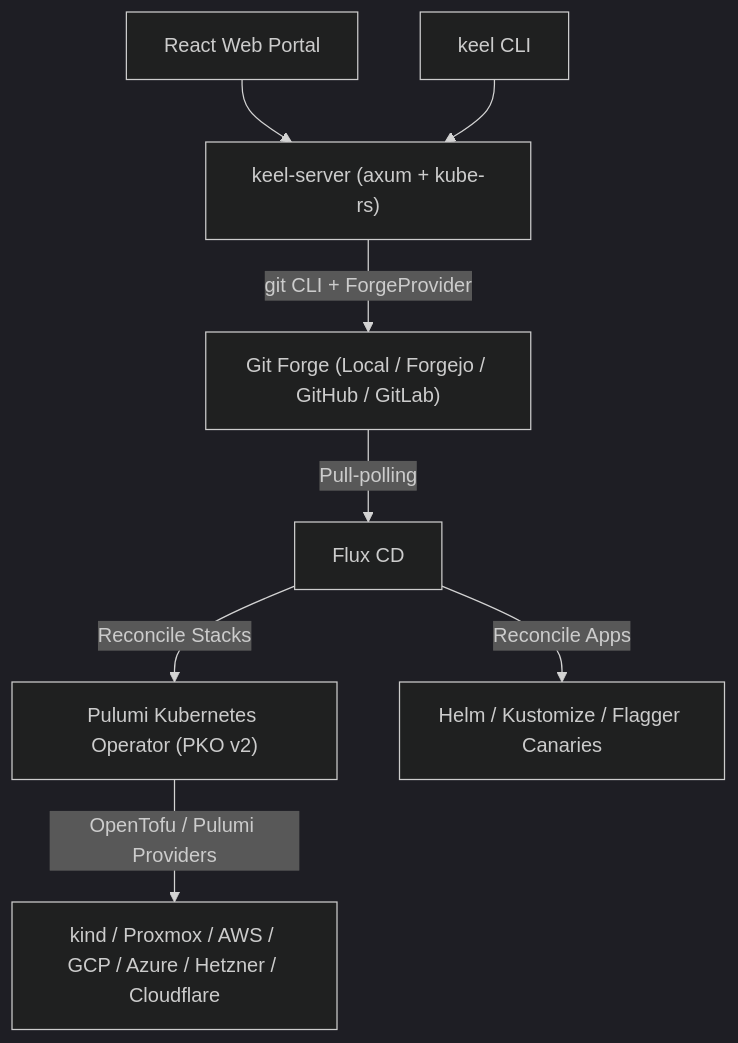
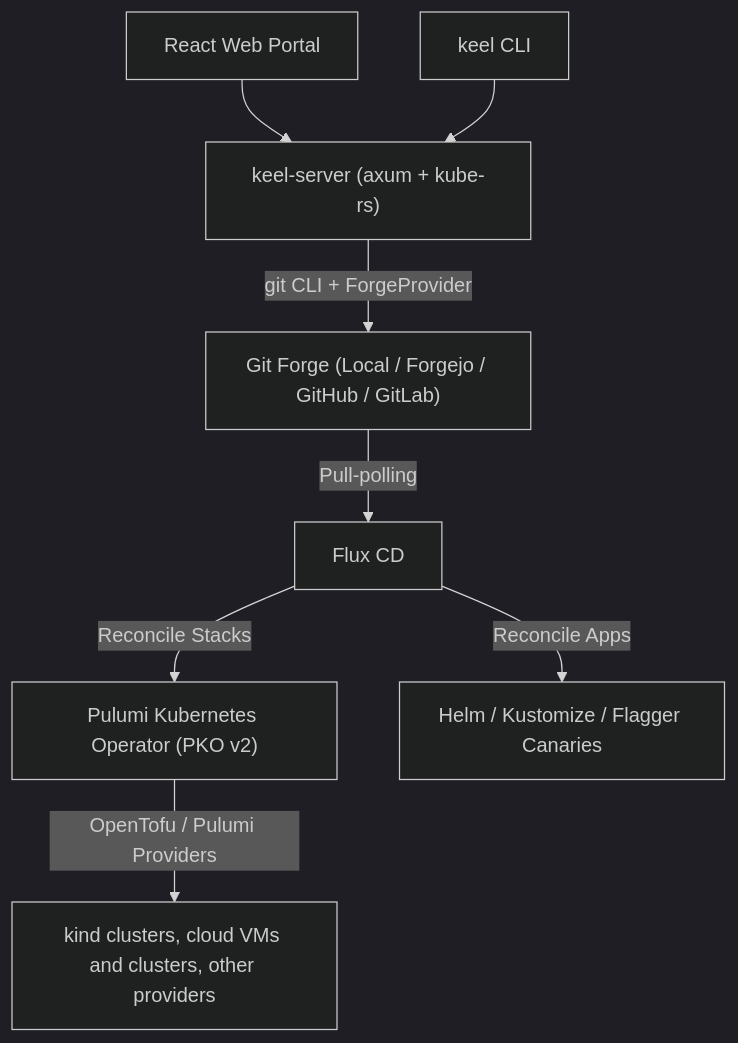
One commit to rdylanwalker/keel changed the diagram in docs/index.md. Above: the diagram before and after it, drawn with Mermaid (dark theme). The commit also changed other lines of this file and 10 other files, not shown here.

````diff
--- a/docs/index.md
+++ b/docs/index.md
@@ -9,10 +11,10 @@
 ```mermaid
 flowchart TB
     GUI["React Web Portal"] --> API["keel-server (axum + kube-rs)"]
     CLI["keel CLI"] --> API
     API -->|"git CLI + ForgeProvider"| GIT["Git Forge (Local / Forgejo / GitHub / GitLab)"]
     GIT -->|"Pull-polling"| FLUX["Flux CD"]
     FLUX -->|"Reconcile Stacks"| PKO["Pulumi Kubernetes Operator (PKO v2)"]
     FLUX -->|"Reconcile Apps"| APPS["Helm / Kustomize / Flagger Canaries"]
-    PKO -->|"OpenTofu / Pulumi Providers"| INFRA["kind / Proxmox / AWS / GCP / Azure / Hetzner / Cloudflare"]
+    PKO -->|"OpenTofu / Pulumi Providers"| INFRA["kind clusters, cloud VMs and clusters, other providers"]
 ```
````
